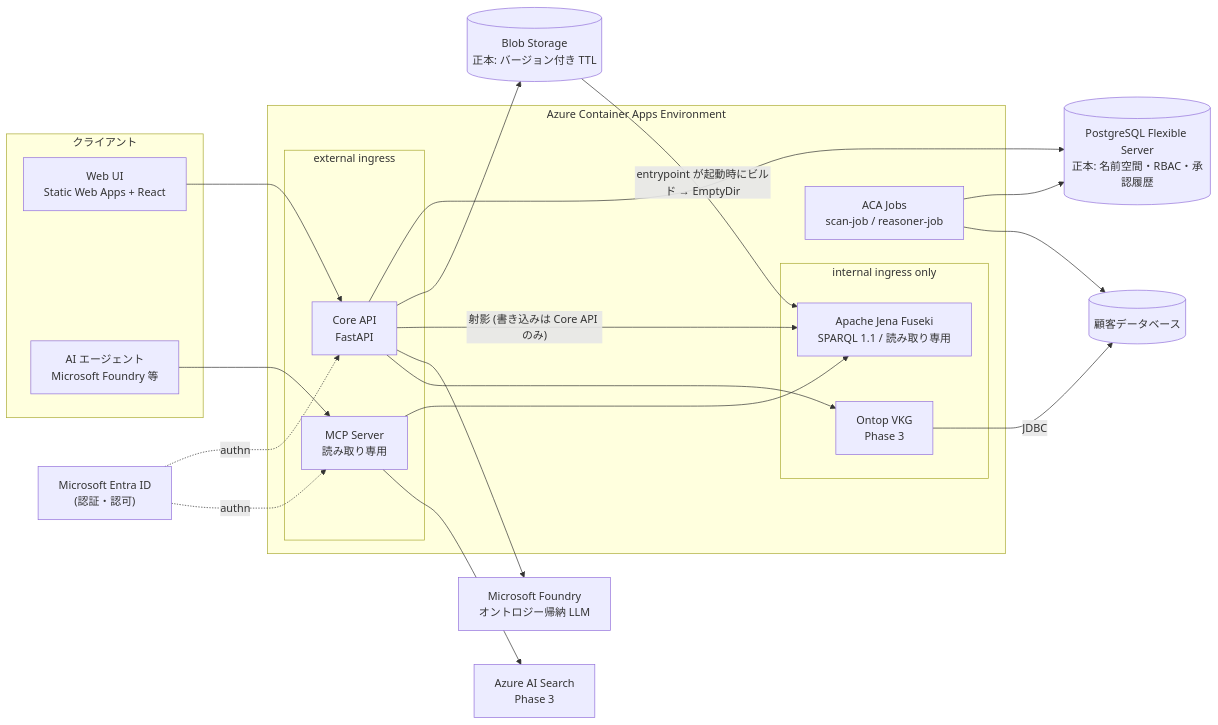
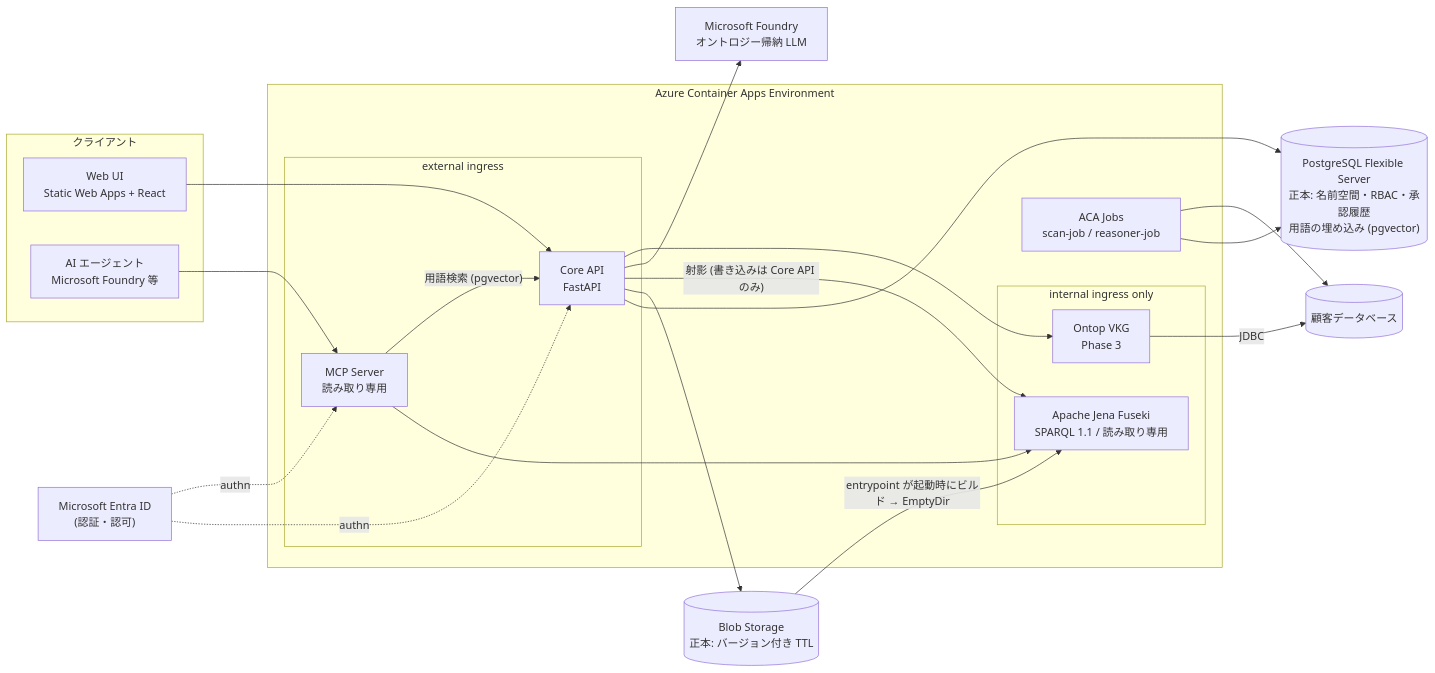
One commit to nomhiro/ontology-accelerator-for-azure changed the first of 2 diagrams in README.md. Above: the diagram before and after it, drawn with Mermaid. The commit also changed other lines of this file and 48 other files, not shown here.

````diff
--- a/README.md
+++ b/README.md
@@ -201,44 +201,43 @@
 ```mermaid
 flowchart LR
   ENTRA["Microsoft Entra ID<br/>(認証・認可)"]
 
   subgraph clients["クライアント"]
     WEB["Web UI<br/>Static Web Apps + React"]
     AGENT["AI エージェント<br/>Microsoft Foundry 等"]
   end
 
   subgraph aca["Azure Container Apps Environment"]
     subgraph pubz["external ingress"]
       API["Core API<br/>FastAPI"]
       MCP["MCP Server<br/>読み取り専用"]
     end
     subgraph intz["internal ingress only"]
       FUSEKI["Apache Jena Fuseki<br/>SPARQL 1.1 / 読み取り専用"]
       ONTOP["Ontop VKG<br/>Phase 3"]
     end
     JOBS["ACA Jobs<br/>scan-job / reasoner-job"]
   end
 
-  PG[("PostgreSQL Flexible Server<br/>正本: 名前空間・RBAC・承認履歴")]
+  PG[("PostgreSQL Flexible Server<br/>正本: 名前空間・RBAC・承認履歴<br/>用語の埋め込み (pgvector)")]
   BLOB[("Blob Storage<br/>正本: バージョン付き TTL")]
-  SEARCH["Azure AI Search<br/>Phase 3"]
   FOUNDRY["Microsoft Foundry<br/>オントロジー帰納 LLM"]
   CUSTDB[("顧客データベース")]
 
   ENTRA -.authn.-> API
   ENTRA -.authn.-> MCP
   WEB --> API
   AGENT --> MCP
 
   API --> PG
   API --> BLOB
   API -- "射影 (書き込みは Core API のみ)" --> FUSEKI
   API --> FOUNDRY
   API --> ONTOP
   MCP --> FUSEKI
-  MCP --> SEARCH
+  MCP -- "用語検索 (pgvector)" --> API
   BLOB -- "entrypoint が起動時にビルド → EmptyDir" --> FUSEKI
   ONTOP -- JDBC --> CUSTDB
   JOBS --> PG
   JOBS --> CUSTDB
 ```
````
